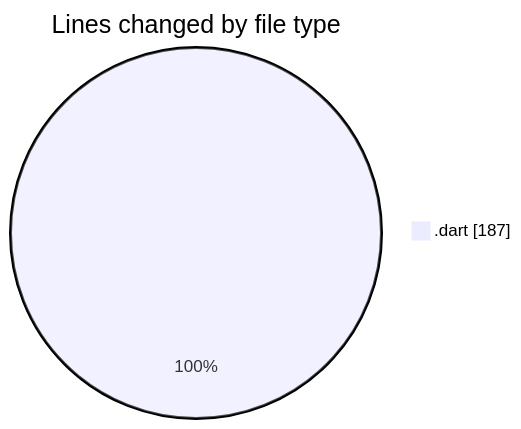
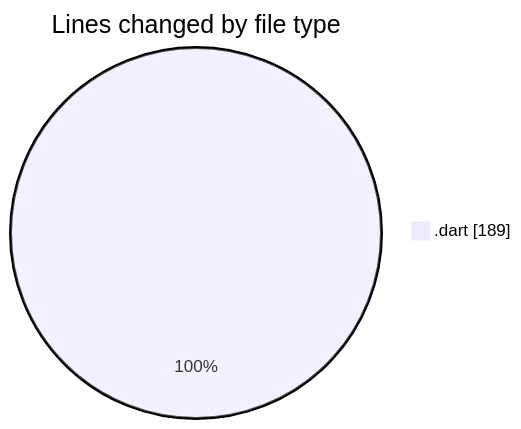
Before and after one commit to donsfak/code-tracking: the first of 2 diagrams in 2025-01-09/maps_clone/README.md, drawn with Mermaid. The commit also changed other lines of this file and 1 other file, not shown here.

````diff
--- a/2025-01-09/maps_clone/README.md
+++ b/2025-01-09/maps_clone/README.md
@@ -20,5 +20,5 @@
 ```mermaid
 pie showData
 title Lines changed by file type
-".dart" : 187
+".dart" : 189
 ```
````
